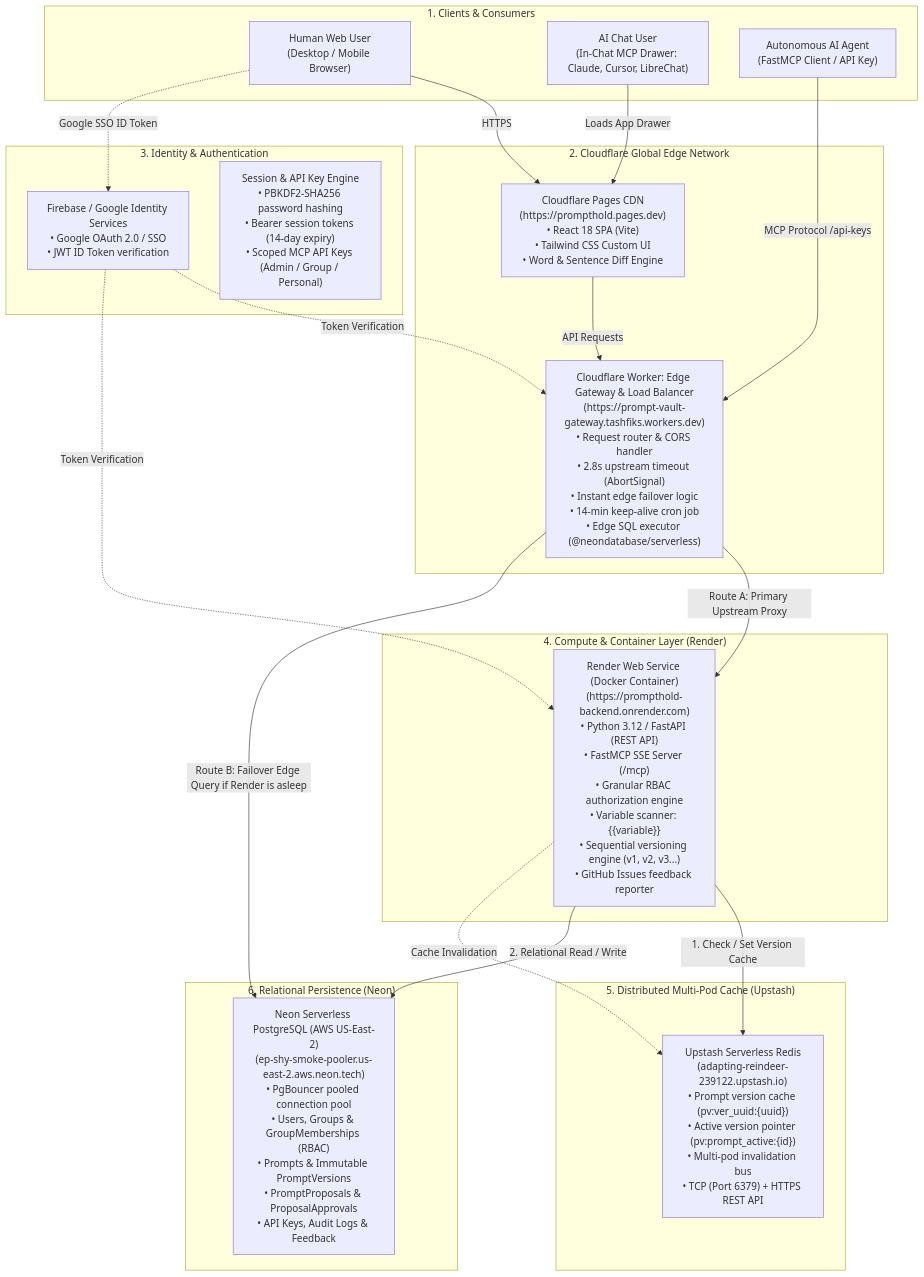
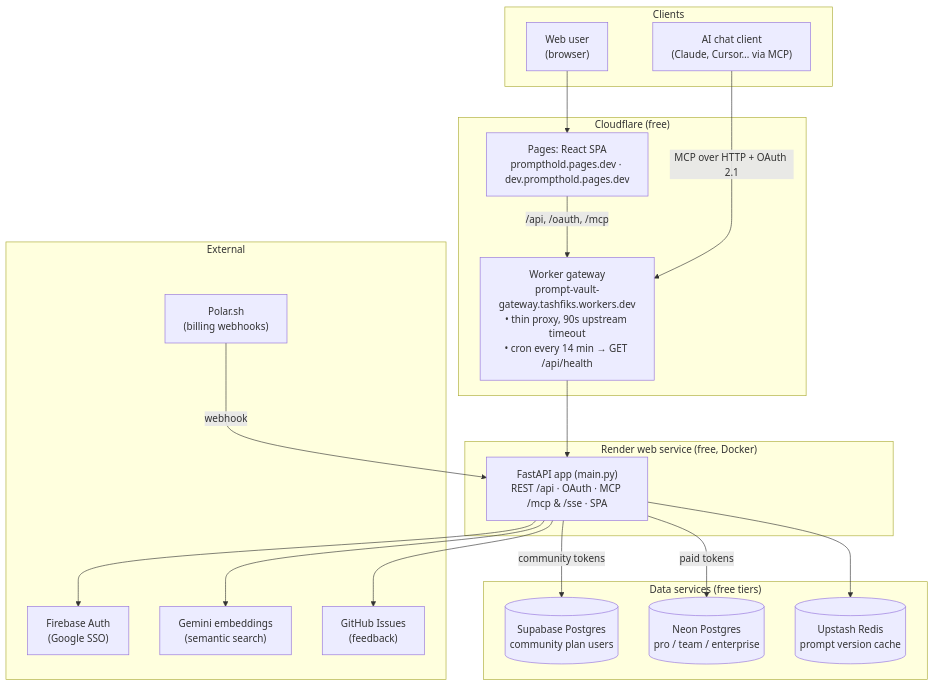
Before and after one commit to TashfikS/prompt-vault-mcp: the first of 4 diagrams in ARCHITECTURE.md, drawn with Mermaid. The commit also changed other lines of this file and 4 other files, not shown here.

First line of the commit message:
docs: refresh architecture, agent rules and deploy guides for current design

````diff
--- a/ARCHITECTURE.md
+++ b/ARCHITECTURE.md
@@ -9,51 +11,41 @@
 ```mermaid
 flowchart TD
-    subgraph Clients["1. Clients & Consumers"]
-        WebUser["Human Web User<br/>(Desktop / Mobile Browser)"]
-        ChatUser["AI Chat User<br/>(In-Chat MCP Drawer: Claude, Cursor, LibreChat)"]
-        AiAgent["Autonomous AI Agent<br/>(FastMCP Client / API Key)"]
+    subgraph Clients
+        Web["Web user<br/>(browser)"]
+        Chat["AI chat client<br/>(Claude, Cursor… via MCP)"]
     end
 
-    subgraph EdgeCDN["2. Cloudflare Global Edge Network"]
-        CFPages["Cloudflare Pages CDN<br/>(https://prompthold.pages.dev)<br/>• React 18 SPA (Vite)<br/>• Tailwind CSS Custom UI<br/>• Word & Sentence Diff Engine"]
-        
-        CFWorker["Cloudflare Worker: Edge Gateway & Load Balancer<br/>(https://prompt-vault-gateway.tashfiks.workers.dev)<br/>• Request router & CORS handler<br/>• 2.8s upstream timeout (AbortSignal)<br/>• Instant edge failover logic<br/>• 14-min keep-alive cron job<br/>• Edge SQL executor (@neondatabase/serverless)"]
+    subgraph Cloudflare["Cloudflare (free)"]
+        Pages["Pages: React SPA<br/>prompthold.pages.dev · dev.prompthold.pages.dev"]
+        Worker["Worker gateway<br/>prompt-vault-gateway.tashfiks.workers.dev<br/>• thin proxy, 90s upstream timeout<br/>• cron every 14 min → GET /api/health"]
     end
 
-    subgraph AuthLayer["3. Identity & Authentication"]
-        FirebaseAuth["Firebase / Google Identity Services<br/>• Google OAuth 2.0 / SSO<br/>• JWT ID Token verification"]
-        SessionAuth["Session & API Key Engine<br/>• PBKDF2-SHA256 password hashing<br/>• Bearer session tokens (14-day expiry)<br/>• Scoped MCP API Keys (Admin / Group / Personal)"]
+    subgraph Render["Render web service (free, Docker)"]
+        API["FastAPI app (main.py)<br/>REST /api · OAuth · MCP /mcp & /sse · SPA"]
     end
 
-    subgraph ComputeLayer["4. Compute & Container Layer (Render)"]
-        RenderService["Render Web Service (Docker Container)<br/>(https://prompthold-backend.onrender.com)<br/>• Python 3.12 / FastAPI (REST API)<br/>• FastMCP SSE Server (/mcp)<br/>• Granular RBAC authorization engine<br/>• Variable scanner: {{variable}}<br/>• Sequential versioning engine (v1, v2, v3...)<br/>• GitHub Issues feedback reporter"]
+    subgraph Data["Data services (free tiers)"]
+        Supa[("Supabase Postgres<br/>community plan users")]
+        Neon[("Neon Postgres<br/>pro / team / enterprise")]
+        Redis[("Upstash Redis<br/>prompt version cache")]
     end
 
-    subgraph CacheLayer["5. Distributed Multi-Pod Cache (Upstash)"]
-        UpstashRedis["Upstash Serverless Redis<br/>(adapting-reindeer-239122.upstash.io)<br/>• Prompt version cache (pv:ver_uuid:{uuid})<br/>• Active version pointer (pv:prompt_active:{id})<br/>• Multi-pod invalidation bus<br/>• TCP (Port 6379) + HTTPS REST API"]
+    subgraph External
+        Firebase["Firebase Auth<br/>(Google SSO)"]
+        Gemini["Gemini embeddings<br/>(semantic search)"]
+        Polar["Polar.sh<br/>(billing webhooks)"]
+        GH["GitHub Issues<br/>(feedback)"]
     end
 
-    subgraph StorageLayer["6. Relational Persistence (Neon)"]
-        NeonDB["Neon Serverless PostgreSQL (AWS US-East-2)<br/>(ep-shy-smoke-pooler.us-east-2.aws.neon.tech)<br/>• PgBouncer pooled connection pool<br/>• Users, Groups & GroupMemberships (RBAC)<br/>• Prompts & Immutable PromptVersions<br/>• PromptProposals & ProposalApprovals<br/>• API Keys, Audit Logs & Feedback"]
-    end
-
-    %% Client traffic
-    WebUser -->|HTTPS| CFPages
-    CFPages -->|API Requests| CFWorker
-    ChatUser -->|Loads App Drawer| CFPages
-    AiAgent -->|MCP Protocol /api-keys| CFWorker
-    
-    %% Auth flows
-    WebUser -.->|Google SSO ID Token| FirebaseAuth
-    FirebaseAuth -.->|Token Verification| CFWorker
-    FirebaseAuth -.->|Token Verification| RenderService
-
-    %% Gateway Routing
-    CFWorker -->|Route A: Primary Upstream Proxy| RenderService
-    CFWorker -->|Route B: Failover Edge Query if Render is asleep| NeonDB
-
-    %% Backend Compute Connections
-    RenderService -->|1. Check / Set Version Cache| UpstashRedis
-    RenderService -->|2. Relational Read / Write| NeonDB
-    RenderService -.->|Cache Invalidation| UpstashRedis
+    Web --> Pages
+    Pages -->|/api, /oauth, /mcp| Worker
+    Chat -->|MCP over HTTP + OAuth 2.1| Worker
+    Worker --> API
+    API -->|community tokens| Supa
+    API -->|paid tokens| Neon
+    API --> Redis
+    API --> Firebase
+    API --> Gemini
+    Polar -->|webhook| API
+    API --> GH
 ```
````
